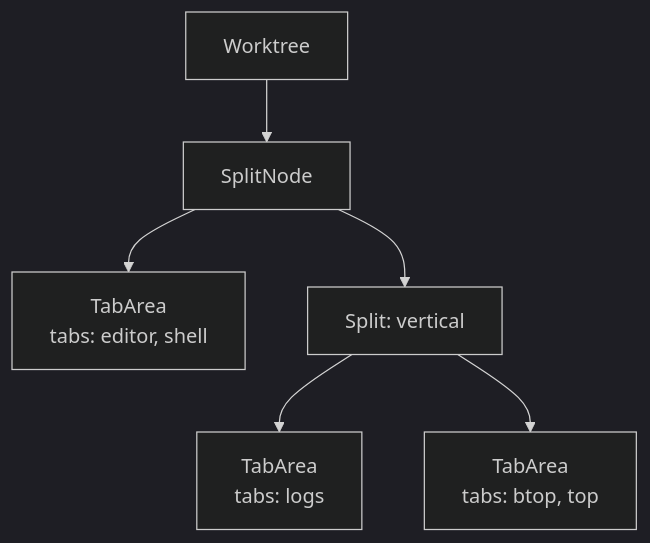
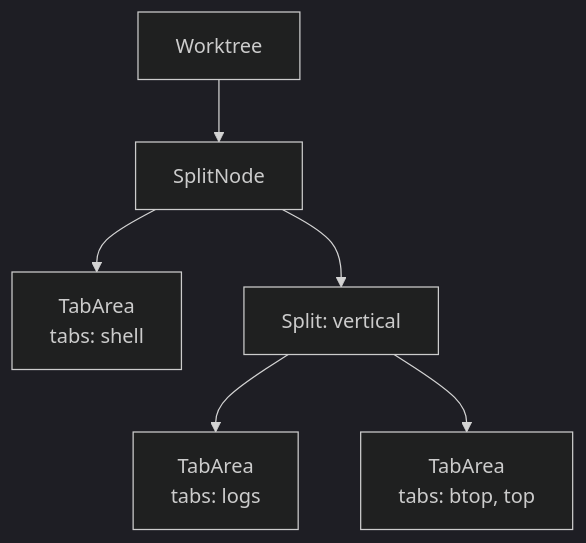
Before and after one commit to muxy-app/muxy: the diagram in docs/features/tabs-and-splits.md, drawn with Mermaid (dark theme). The commit also changed other lines of this file and 132 other files, not shown here.

Commit message:
Remove built-in editor, markdown/mermaid viewer, image viewer, and file opener

````diff
--- a/docs/features/tabs-and-splits.md
+++ b/docs/features/tabs-and-splits.md
@@ -5,8 +5,8 @@
 ```mermaid
 flowchart TB
   Worktree --> Root[SplitNode]
-  Root --> Left[TabArea<br/>tabs: editor, shell]
+  Root --> Left[TabArea<br/>tabs: shell]
   Root --> Right[Split: vertical]
   Right --> RT[TabArea<br/>tabs: logs]
   Right --> RB[TabArea<br/>tabs: btop, top]
 ```
````
